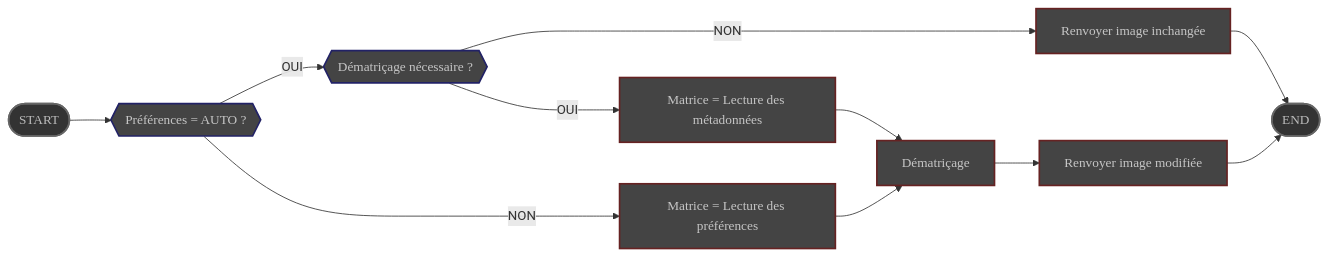
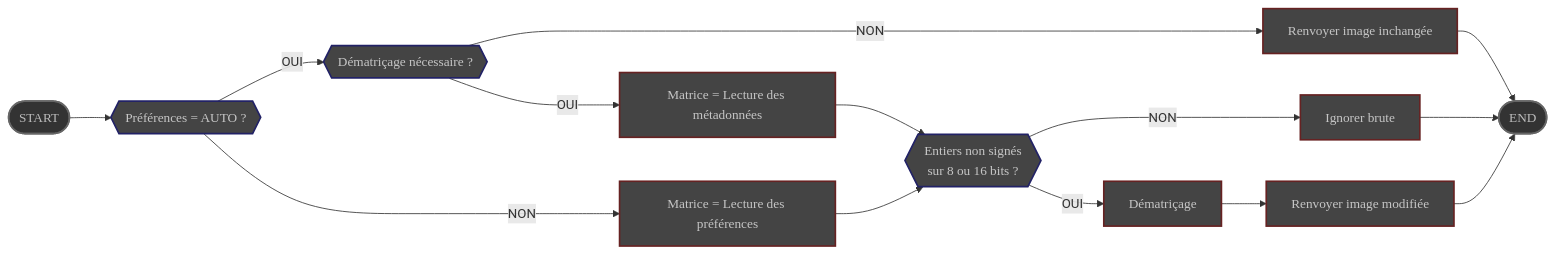
The diagram in website/content/fr/docs/v1.0/reference/modules/preprocess/debayer.md (deufrai/als), drawn with Mermaid before and after one commit. The commit also changed other lines of this file and 1 other file, not shown here.

Commit message:
improve debayer process detailed v1.0 docs
So we match changes from be46e0e1b

````diff
--- a/website/content/fr/docs/v1.0/reference/modules/preprocess/debayer.md
+++ b/website/content/fr/docs/v1.0/reference/modules/preprocess/debayer.md
@@ -42,44 +42,50 @@
 ```mermaid
 graph LR
 
     START([START])
     
     TEST_AUTO{{Préférences = AUTO ?}}
     TEST_NEEDED{{Dématriçage nécessaire ?}}
+    TEST_DATA_TYPE{{Entiers non signés<br>sur 8 ou 16 bits ?}}
     
     READ_META[Matrice = Lecture des métadonnées]
     READ_PREF[Matrice = Lecture des préférences]
     
     DEBAYER[Dématriçage]
     UNCHANGED[Renvoyer image inchangée]
+    IGNORED[Ignorer brute]
     
     RETURN[Renvoyer image modifiée]
     
     END([END])
     
     START --> TEST_AUTO
     
     TEST_AUTO -- OUI --> TEST_NEEDED
     TEST_NEEDED -- OUI ---> READ_META
     TEST_AUTO -- NON ---> READ_PREF
     
-    READ_META --> DEBAYER
-    READ_PREF --> DEBAYER
+    READ_META --> TEST_DATA_TYPE
+    READ_PREF --> TEST_DATA_TYPE
+
+    TEST_DATA_TYPE -- OUI --> DEBAYER
+    TEST_DATA_TYPE -- NON --> IGNORED
     
     TEST_NEEDED -- NON --> UNCHANGED
     
     DEBAYER --> RETURN
     
     UNCHANGED --> END
+    IGNORED --> END
     RETURN --> END
 
     
     classDef bounds fill: #333, stroke: #666, stroke-width: 2px, color: #BBB, font-family: 'Poppins', sans-serif
     classDef step fill: #444, stroke: #622, stroke-width:2px, color: #c6c6c6, font-family: 'Poppins',sans-serif
     classDef wait  fill: #444, stroke: #262,stroke-width: 2px, color: #c6c6c6, font-family:'Poppins', sans-serif
     classDef test fill: #444, stroke: #226, stroke-width: 2px, color: #c6c6c6, font-family: 'Poppins', sans-serif
     
-    class TEST_AUTO,TEST_NEEDED test
+    class TEST_AUTO,TEST_NEEDED,TEST_DATA_TYPE test
     class START,END bounds
-    class RETURN,UNCHANGED,DEBAYER,READ_META,READ_PREF step
+    class RETURN,UNCHANGED,IGNORED,DEBAYER,READ_META,READ_PREF step
 ```
````
